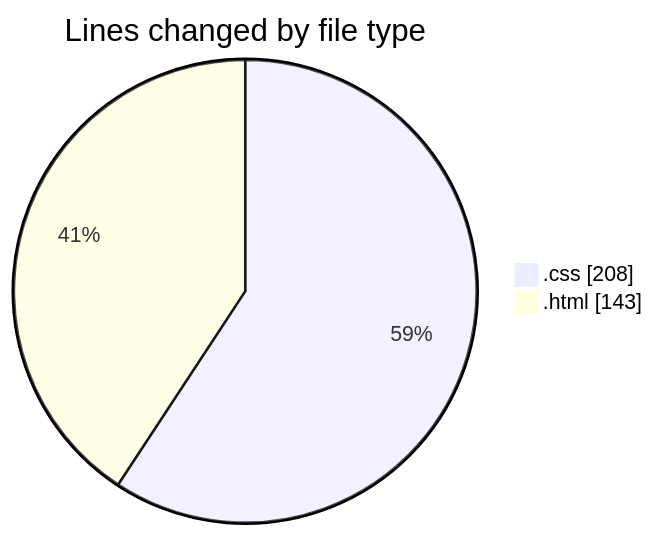
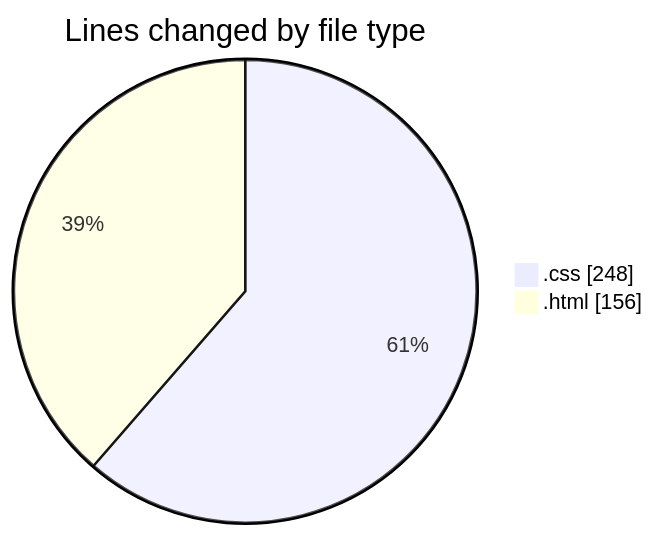
The first of 2 diagrams in 2025-02-07/recipe-page-main/README.md (NitaiMahat/code-tracking), drawn with Mermaid before and after one commit. The commit also changed other lines of this file and 1 other file, not shown here.

````diff
--- a/2025-02-07/recipe-page-main/README.md
+++ b/2025-02-07/recipe-page-main/README.md
@@ -21,6 +21,6 @@
 ```mermaid
 pie showData
 title Lines changed by file type
-".css" : 208
-".html" : 143
+".css" : 248
+".html" : 156
 ```
````
